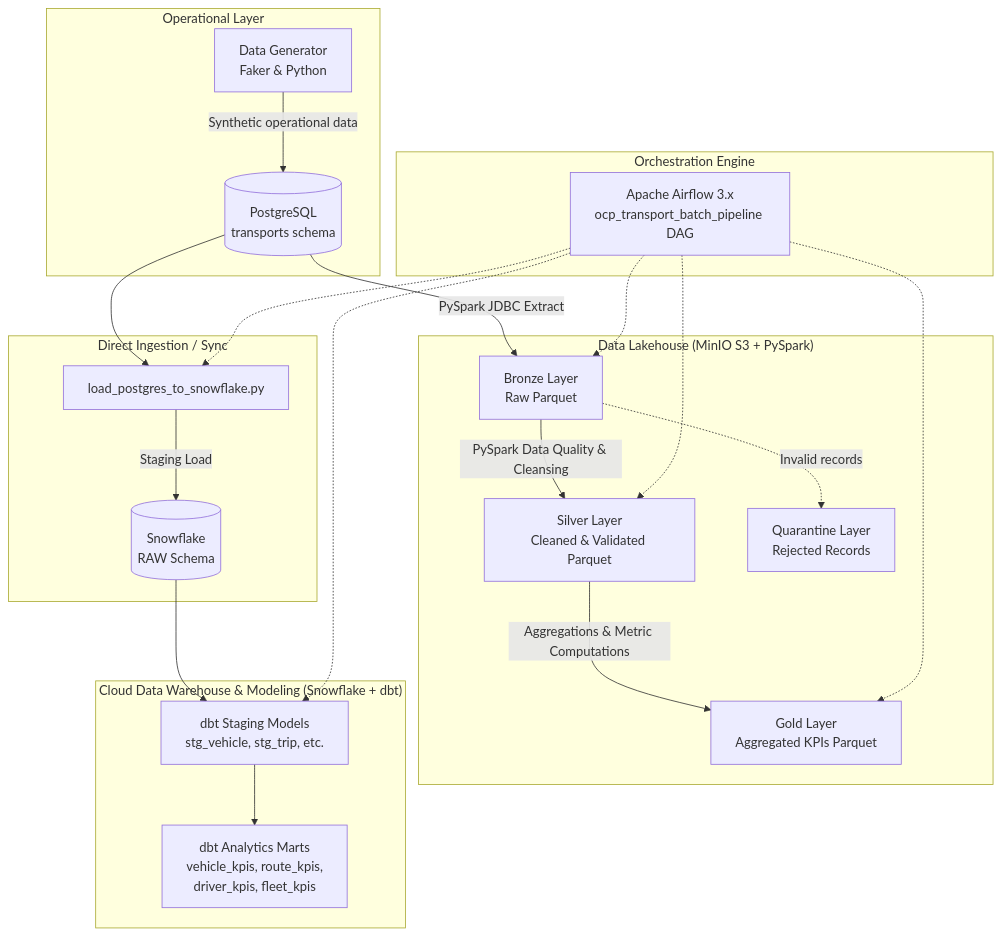
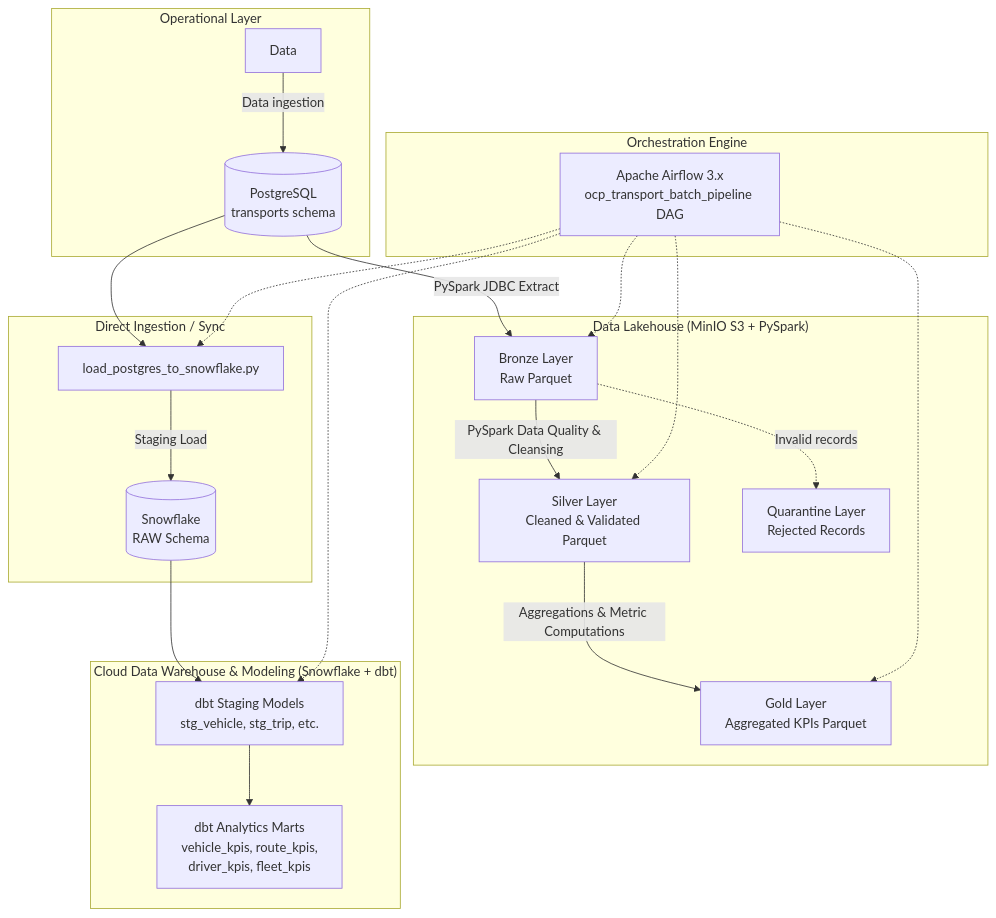
Before and after one commit to Yussefech31/tracking-ocp: the diagram in readme.md, drawn with Mermaid.

````diff
--- a/readme.md
+++ b/readme.md
@@ -9,41 +9,41 @@
 ```mermaid
 flowchart TD
     subgraph Operational_Layer["Operational Layer"]
         PG[(PostgreSQL\ntransports schema)]
-        DataGen[Data Generator\nFaker & Python]
-        DataGen -->|Synthetic operational data| PG
+        DataGen[Data]
+        DataGen -->|Data ingestion| PG
     end
 
     subgraph Replication_Layer["Direct Ingestion / Sync"]
         Loader[load_postgres_to_snowflake.py]
         PG --> Loader
         Loader -->|Staging Load| SF_RAW[(Snowflake\nRAW Schema)]
     end
 
     subgraph Lakehouse_Layer["Data Lakehouse (MinIO S3 + PySpark)"]
         Bronze[Bronze Layer\nRaw Parquet]
         Silver[Silver Layer\nCleaned & Validated Parquet]
         Quarantine[Quarantine Layer\nRejected Records]
         Gold[Gold Layer\nAggregated KPIs Parquet]
 
         PG -->|PySpark JDBC Extract| Bronze
         Bronze -->|PySpark Data Quality & Cleansing| Silver
         Bronze -.->|Invalid records| Quarantine
         Silver -->|Aggregations & Metric Computations| Gold
     end
 
     subgraph Analytics_Layer["Cloud Data Warehouse & Modeling (Snowflake + dbt)"]
         SF_RAW --> dbt_stg[dbt Staging Models\nstg_vehicle, stg_trip, etc.]
         dbt_stg --> dbt_analytics[dbt Analytics Marts\nvehicle_kpis, route_kpis,\ndriver_kpis, fleet_kpis]
     end
 
     subgraph Orchestration["Orchestration Engine"]
         Airflow[Apache Airflow 3.x\nocp_transport_batch_pipeline DAG]
     end
 
     Airflow -.-> Loader
     Airflow -.-> Bronze
     Airflow -.-> Silver
     Airflow -.-> Gold
     Airflow -.-> dbt_stg
 ```
````
